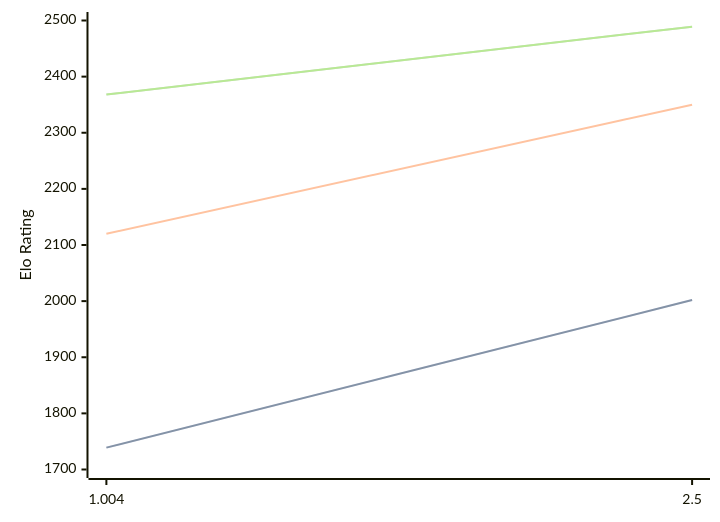
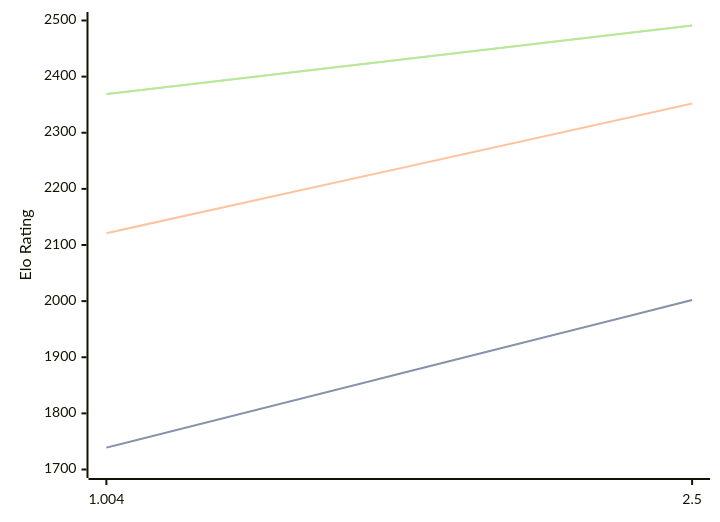
The diagram in engines/Ares.md (computer-chess-index/cci), drawn with Mermaid before and after one commit. The commit also changed other lines of this file, not shown here.

Commit message:
Update CCI Ratings (ELO VLTC) - 2026-02-21

````diff
--- a/engines/Ares.md
+++ b/engines/Ares.md
@@ -29,11 +29,11 @@
 ```mermaid
 %%{init: {"theme":"base","themeVariables":{"seriesColors:['#a3a3a3','#222221','#faa371']}}}%%
 xychart-beta
   x-axis ["1.004", "2.5"]
   y-axis "Elo Rating" 1700 --> 2500
   line "STC (8.0+0.08s)" [1739, 2002]
   line "STC (8.0+0.08s)" [1739, 2002]
-  line "LTC (60.0+0.60s)" [2120, 2350]
-  line "VLTC (2m24s+1.12s)" [2368, 2489]
-  line "VLTC (2m24s+1.12s)" [2368, 2489]
+  line "LTC (60.0+0.60s)" [2121, 2352]
+  line "VLTC (2m24s+1.12s)" [2369, 2491]
+  line "VLTC (2m24s+1.12s)" [2369, 2491]
 ```
````
